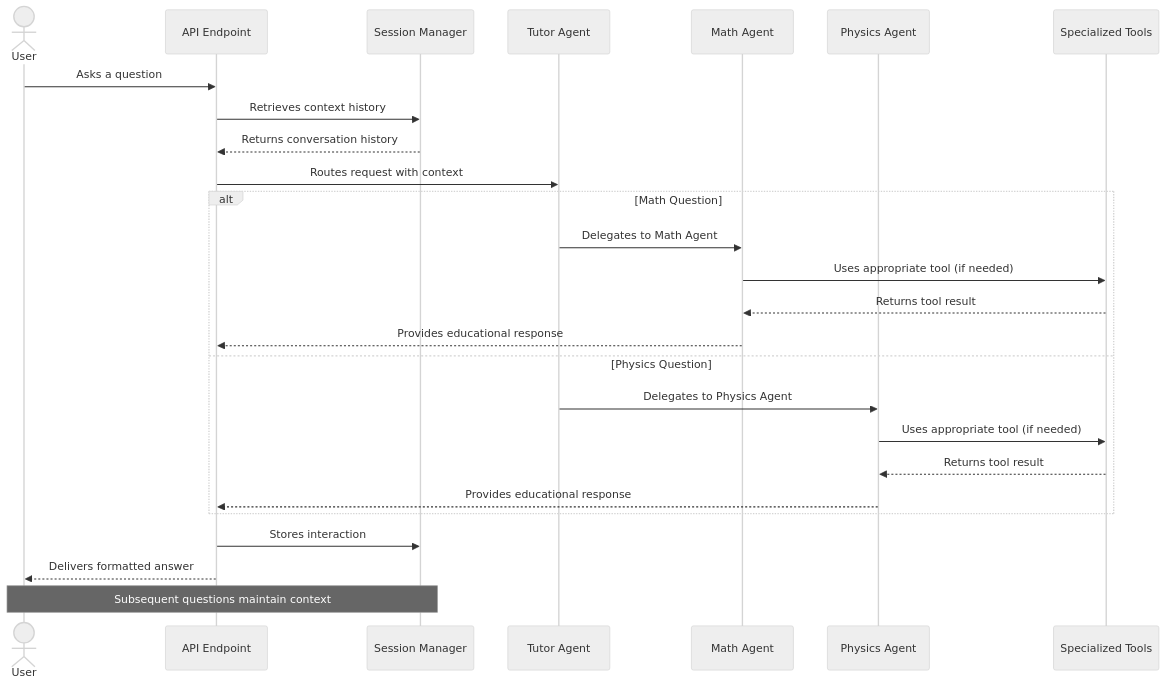
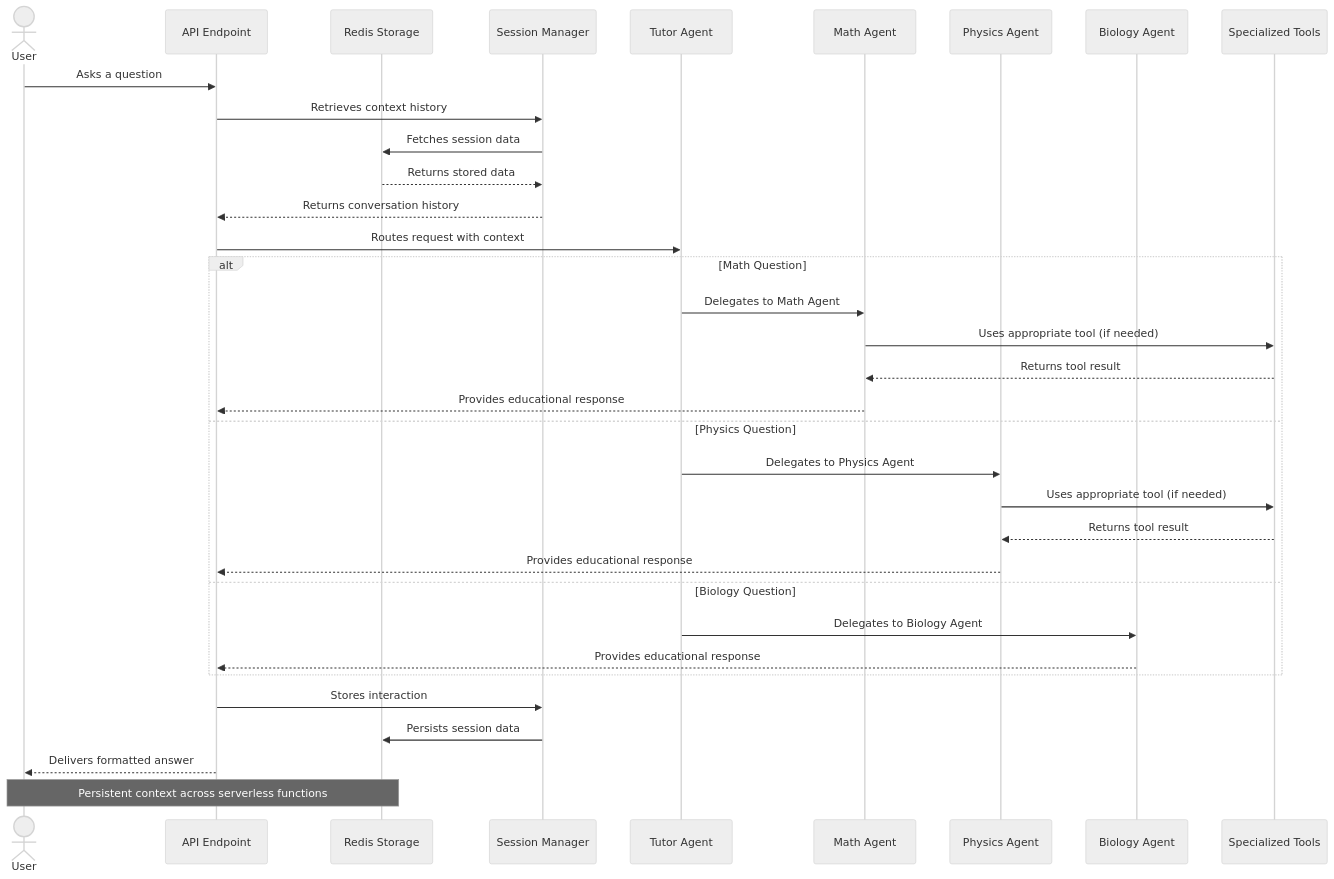
One commit to CodingBad02/MultiAgentTutor changed the second of 2 diagrams in README.md. Above: the diagram before and after it, drawn with Mermaid (neutral theme). The commit also changed other lines of this file and 5 other files, not shown here.

Commit message:
Added Redis Support as well as session management

````diff
--- a/README.md
+++ b/README.md
@@ -98,32 +102,40 @@
 ```mermaid
 sequenceDiagram
     actor User
     participant API as API Endpoint
+    participant Redis as Redis Storage
     participant Session as Session Manager
     participant Tutor as Tutor Agent
     participant Math as Math Agent
     participant Physics as Physics Agent
+    participant Biology as Biology Agent
     participant Tools as Specialized Tools
     
     User->>API: Asks a question
     API->>Session: Retrieves context history
+    Session->>Redis: Fetches session data
+    Redis-->>Session: Returns stored data
     Session-->>API: Returns conversation history
     API->>Tutor: Routes request with context
     
     alt Math Question
         Tutor->>Math: Delegates to Math Agent
         Math->>Tools: Uses appropriate tool (if needed)
         Tools-->>Math: Returns tool result
         Math-->>API: Provides educational response
     else Physics Question
         Tutor->>Physics: Delegates to Physics Agent
         Physics->>Tools: Uses appropriate tool (if needed)
         Tools-->>Physics: Returns tool result
         Physics-->>API: Provides educational response
+    else Biology Question
+        Tutor->>Biology: Delegates to Biology Agent
+        Biology-->>API: Provides educational response
     end
     
     API->>Session: Stores interaction
+    Session->>Redis: Persists session data
     API-->>User: Delivers formatted answer
     
-    Note over User,Session: Subsequent questions maintain context
+    Note over User,Redis: Persistent context across serverless functions
 ```
````
